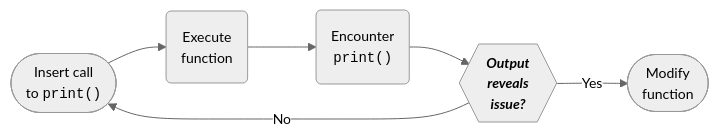
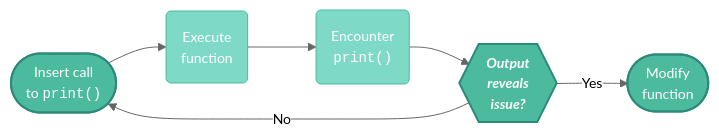
Before and after one commit to mjfrigaard/shiny-app-pkgs: the first of 2 diagrams in debug_print.qmd, drawn with Mermaid. The commit also changed other lines of this file and 107 other files, not shown here.

First line of the commit message:
Add consistent teal/light-teal color styling to mermaid diagrams

````diff
--- a/debug_print.qmd
+++ b/debug_print.qmd
@@ -90,13 +90,19 @@
 ```{mermaid}
 %%| fig-cap: "Print debugging with `print()` function calls"
 %%| fig-align: center
 %%{init: {'theme': 'neutral', 'themeVariables': { 'fontFamily': 'monospace', "fontSize":"14px"}}}%%
 flowchart LR
     Insert(["Insert call<br>to <code>print()</code><br>"])
     Print("Encounter<br><code>print()</code> or<br><code>cat()</code>")
     Insert --> Exec
-    Exec("Execute<br>function") --> Print("Encounter<br><code>print()</code>")  
+    Exec("Execute<br>function") --> Print("Encounter<br><code>print()</code>")
     Print --> Issue{{"<strong><em>Output<br>reveals<br>issue?</em></strong>"}}
     Issue -- "Yes" --> Mod(["Modify<br>function"])
     Issue -- "No" --> Insert
+
+    style Insert fill:#4CBB9D,color:#fff,stroke:#2d8a7a,stroke-width:2px
+    style Exec fill:#7fd9c7,color:#fff,stroke:#4CBB9D,stroke-width:1px
+    style Print fill:#7fd9c7,color:#fff,stroke:#4CBB9D,stroke-width:1px
+    style Issue fill:#4CBB9D,color:#fff,stroke:#2d8a7a,stroke-width:2px
+    style Mod fill:#4CBB9D,color:#fff,stroke:#2d8a7a,stroke-width:2px
 ```
````
